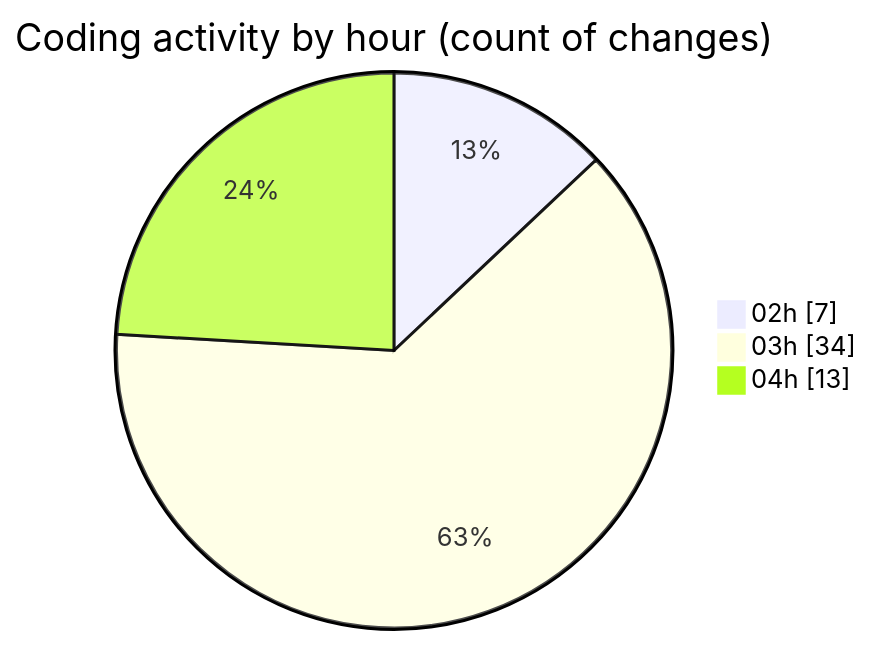
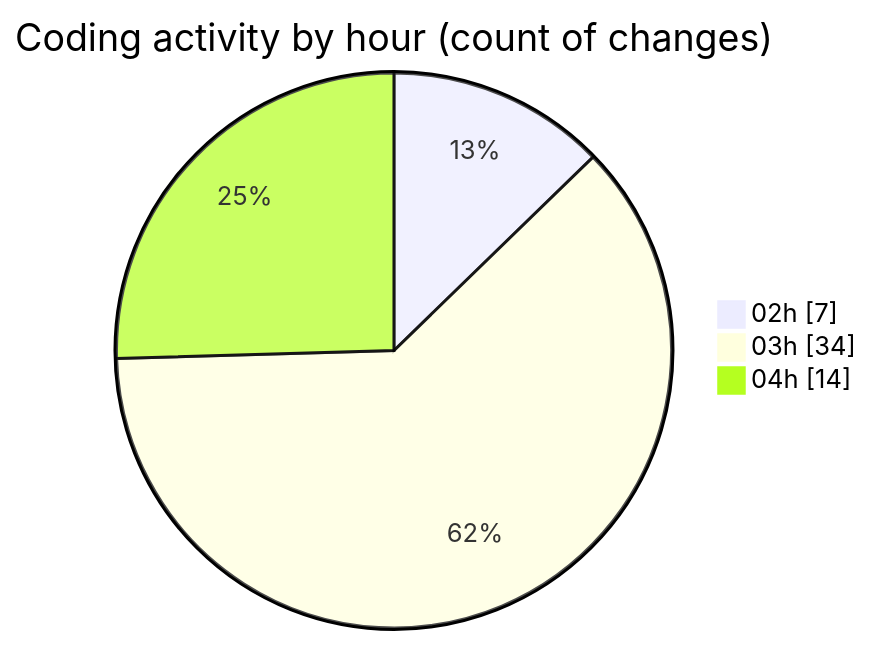
The second of 2 diagrams in 2025-05-29/kimberly-groups/README.md (JenPaints/code-tracking), drawn with Mermaid before and after one commit. The commit also changed other lines of this file and 1 other file, not shown here.

````diff
--- a/2025-05-29/kimberly-groups/README.md
+++ b/2025-05-29/kimberly-groups/README.md
@@ -35,7 +36,7 @@
 ```mermaid
 pie showData
 title Coding activity by hour (count of changes)
 "02h" : 7
 "03h" : 34
-"04h" : 13
+"04h" : 14
 ```
````
